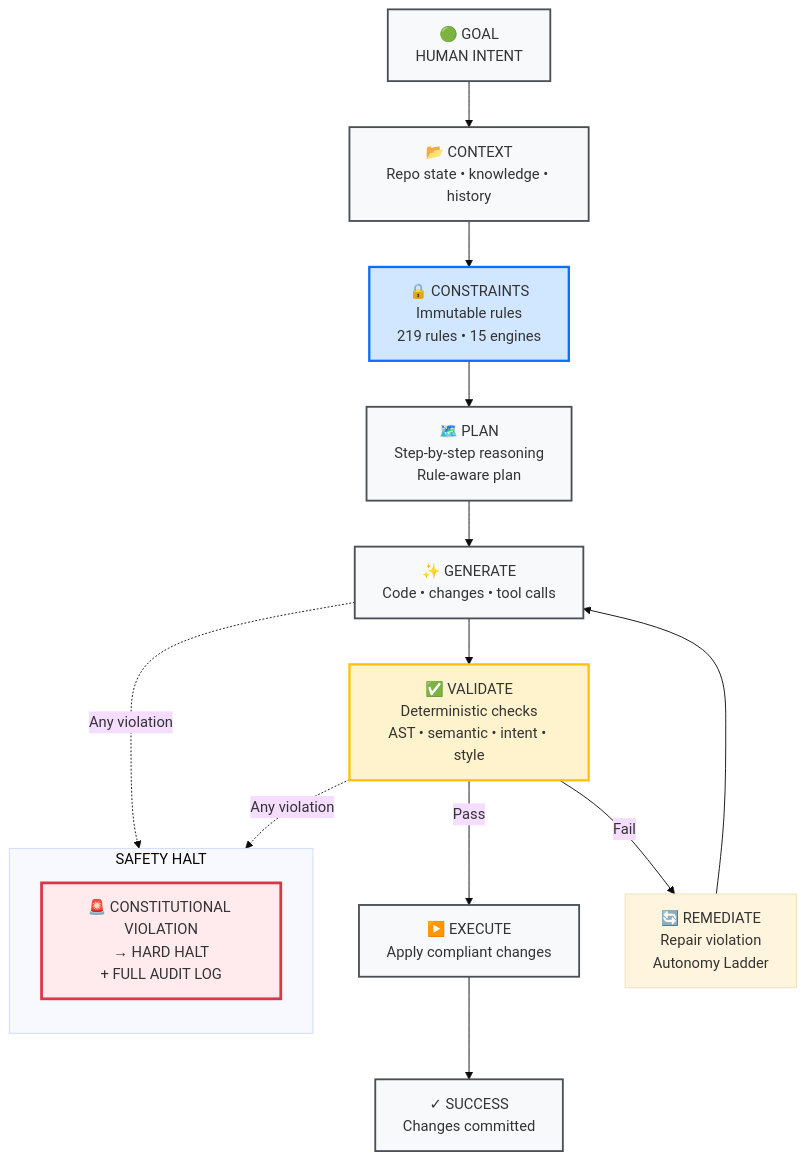
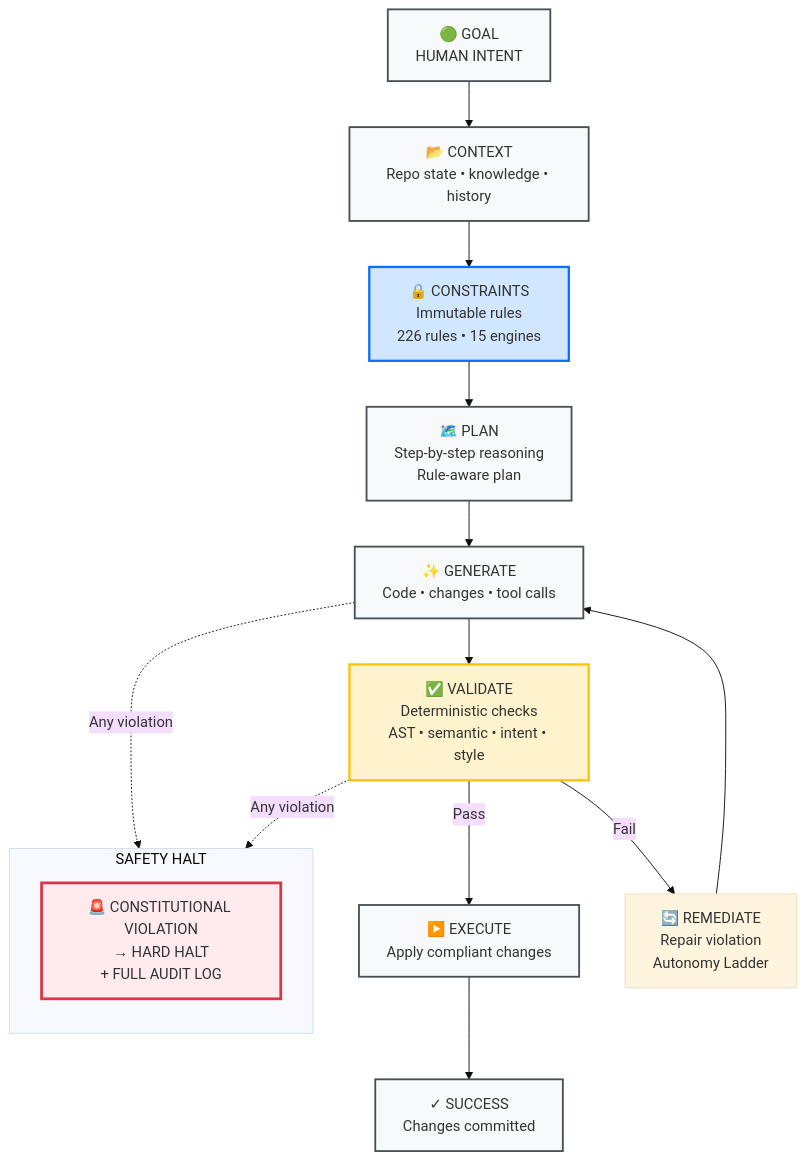
Before and after one commit to DariuszNewecki/CORE: the diagram in README.md, drawn with Mermaid (base theme). The commit also changed other lines of this file and 3 other files, not shown here.

````diff
--- a/README.md
+++ b/README.md
@@ -134,30 +134,30 @@
 ```mermaid
 flowchart TD
     A["🟢 GOAL\nHUMAN INTENT"] --> B["📂 CONTEXT\nRepo state • knowledge • history"]
-    B --> C["🔒 CONSTRAINTS\nImmutable rules\n219 rules • 15 engines"]
+    B --> C["🔒 CONSTRAINTS\nImmutable rules\n226 rules • 15 engines"]
     C --> D["🗺️ PLAN\nStep-by-step reasoning\nRule-aware plan"]
     D --> E["✨ GENERATE\nCode • changes • tool calls"]
     E --> F["✅ VALIDATE\nDeterministic checks\nAST • semantic • intent • style"]
     F -->|Pass| G["▶️ EXECUTE\nApply compliant changes"]
     F -->|Fail| H["🔄 REMEDIATE\nRepair violation\nAutonomy Ladder"]
     H --> E
     G --> I["✓ SUCCESS\nChanges committed"]
 
     subgraph "SAFETY HALT"
         direction TB
         J["🚨 CONSTITUTIONAL VIOLATION\n→ HARD HALT\n+ FULL AUDIT LOG"]
     end
 
     E -.->|Any violation| J
     F -.->|Any violation| J
 
     classDef phase      fill:#f8f9fa,stroke:#495057,stroke-width:2px
     classDef constraint fill:#d1e7ff,stroke:#0d6efd,stroke-width:2.5px
     classDef validate   fill:#fff3cd,stroke:#ffc107,stroke-width:2.5px
     classDef halt       fill:#ffebee,stroke:#dc3545,stroke-width:3px
 
     class A,B,D,E,G,I phase
     class C constraint
     class F validate
     class J halt
 ```
````
